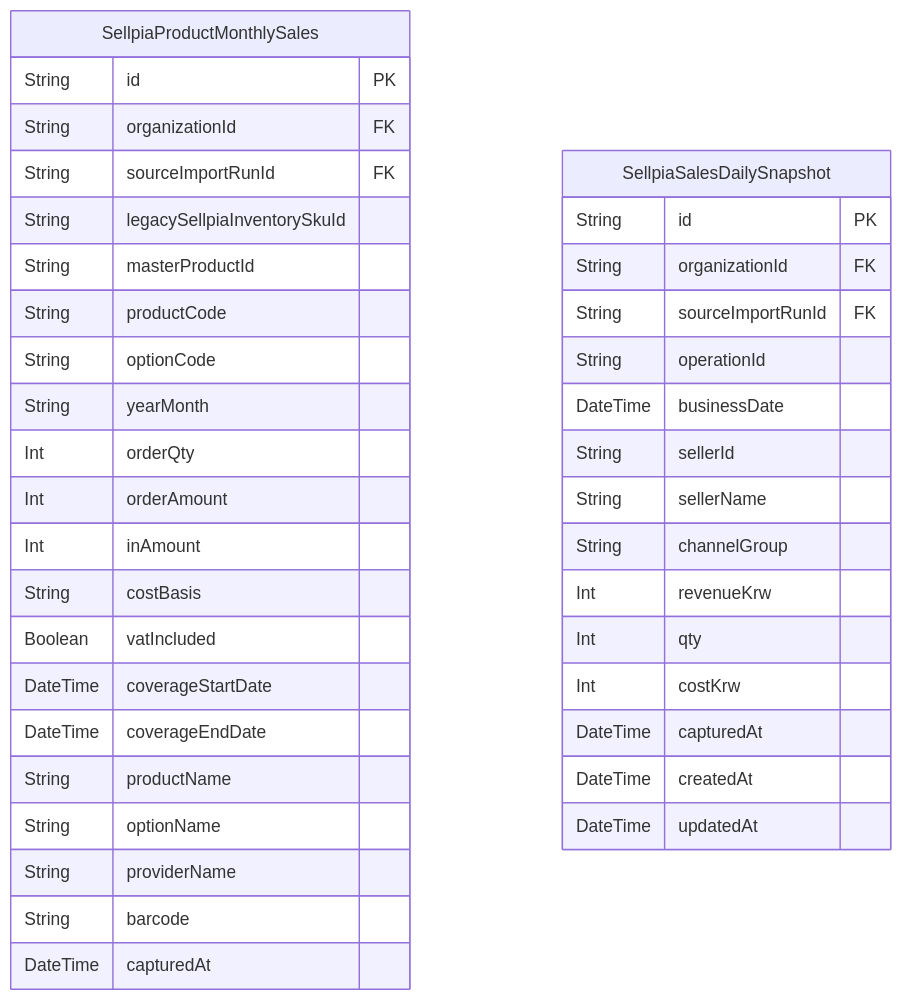
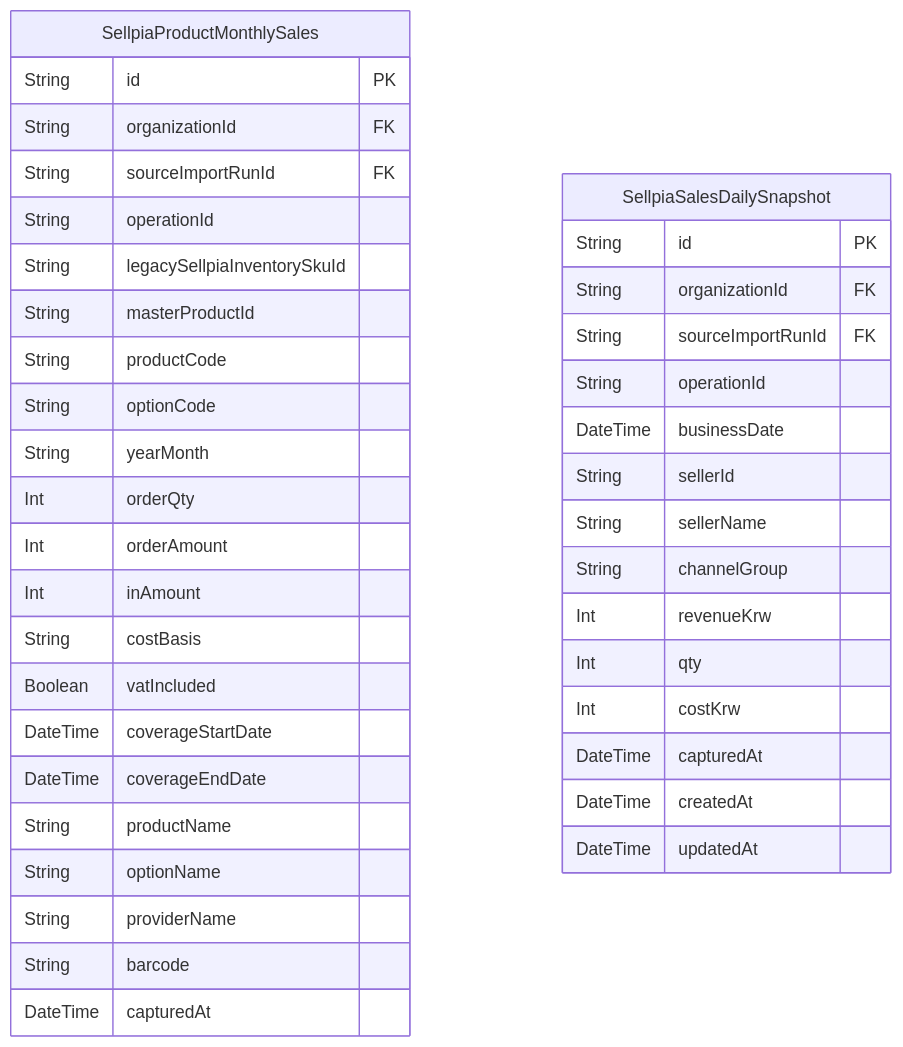
Before and after one commit to AgentFoundry-Labs/kiditem: the diagram in docs/erd/analytics.md, drawn with Mermaid. The commit also changed 99 other files, not shown here.

````diff
--- a/docs/erd/analytics.md
+++ b/docs/erd/analytics.md
@@ -17,41 +17,42 @@
 ```mermaid
 erDiagram
   SellpiaProductMonthlySales {
     String id PK
     String organizationId FK
     String sourceImportRunId FK
+    String operationId
     String legacySellpiaInventorySkuId
     String masterProductId
     String productCode
     String optionCode
     String yearMonth
     Int orderQty
     Int orderAmount
     Int inAmount
     String costBasis
     Boolean vatIncluded
     DateTime coverageStartDate
     DateTime coverageEndDate
     String productName
     String optionName
     String providerName
     String barcode
     DateTime capturedAt
   }
   SellpiaSalesDailySnapshot {
     String id PK
     String organizationId FK
     String sourceImportRunId FK
     String operationId
     DateTime businessDate
     String sellerId
     String sellerName
     String channelGroup
     Int revenueKrw
     Int qty
     Int costKrw
     DateTime capturedAt
     DateTime createdAt
     DateTime updatedAt
   }
 ```
````
